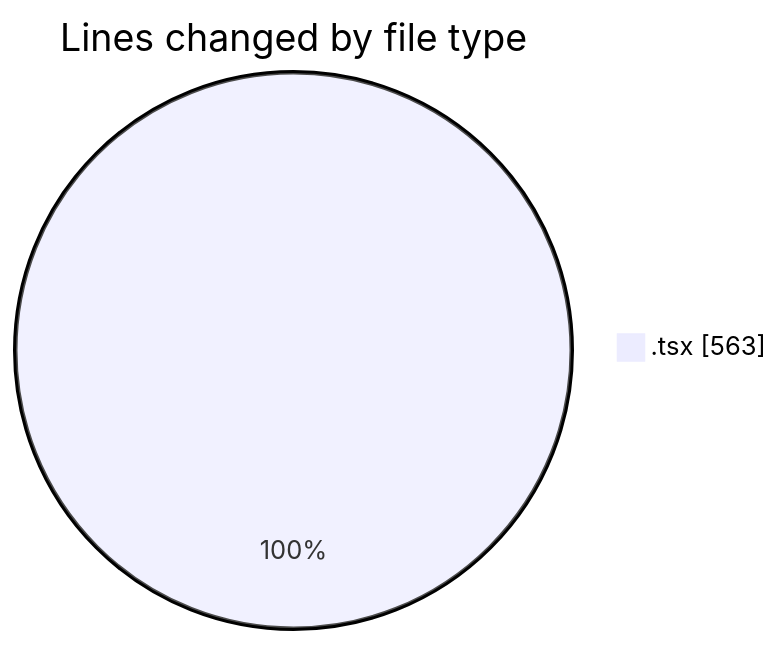
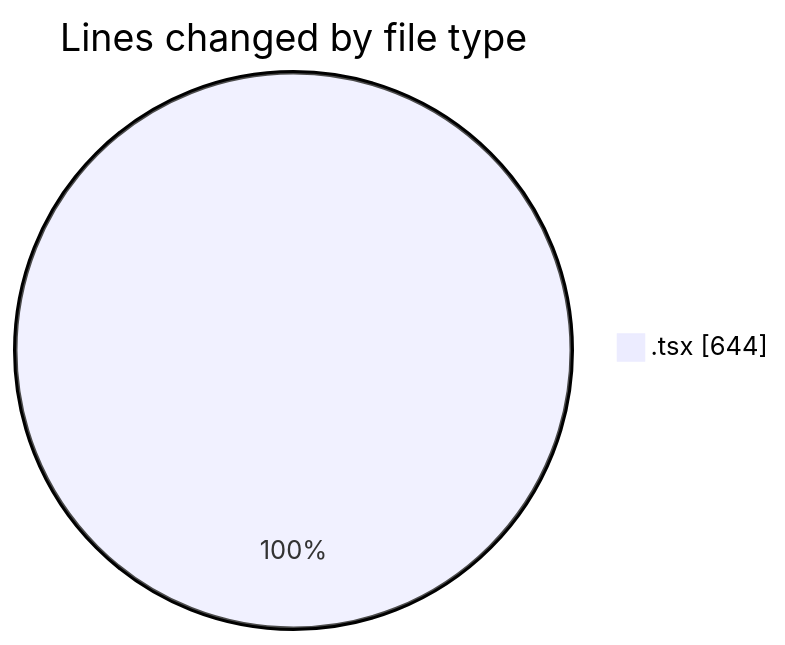
Before and after one commit to lephambinh05/code-tracking: the first of 2 diagrams in 2025-08-20/napxuvn/README.md, drawn with Mermaid. The commit also changed other lines of this file and 1 other file, not shown here.

````diff
--- a/2025-08-20/napxuvn/README.md
+++ b/2025-08-20/napxuvn/README.md
@@ -31,5 +32,5 @@
 ```mermaid
 pie showData
 title Lines changed by file type
-".tsx" : 563
+".tsx" : 644
 ```
````
